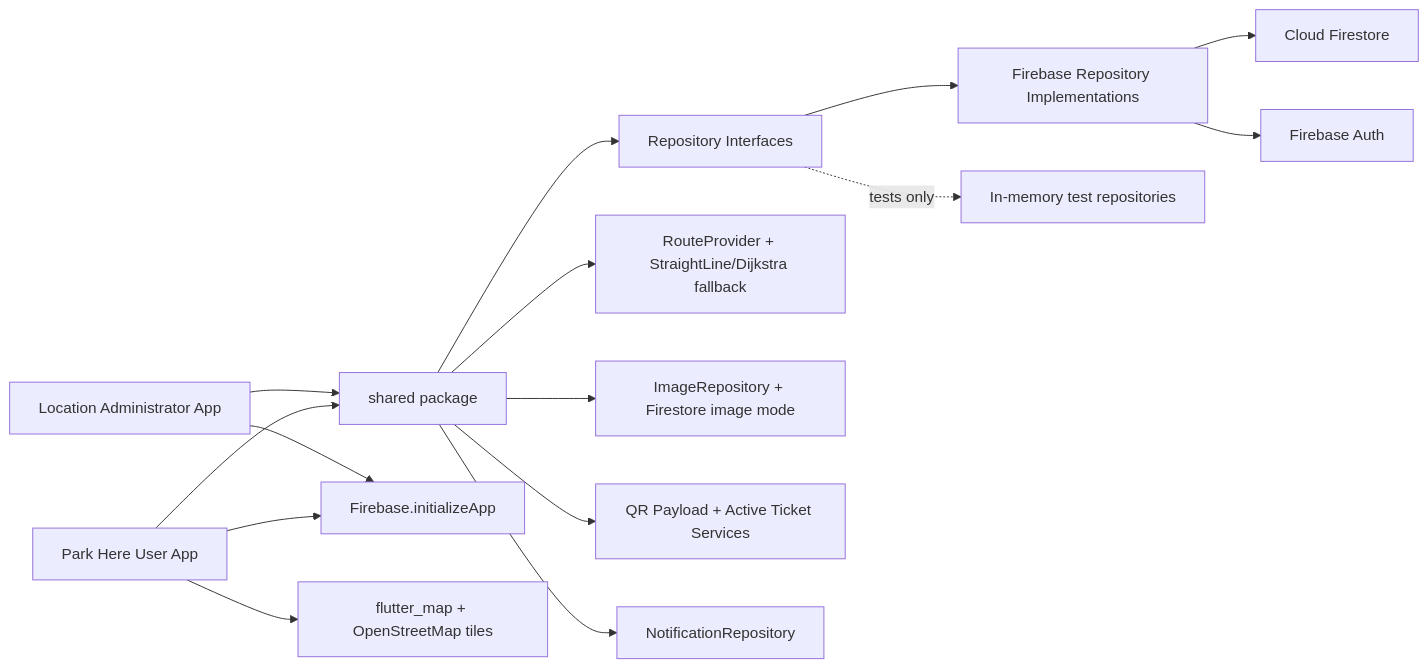
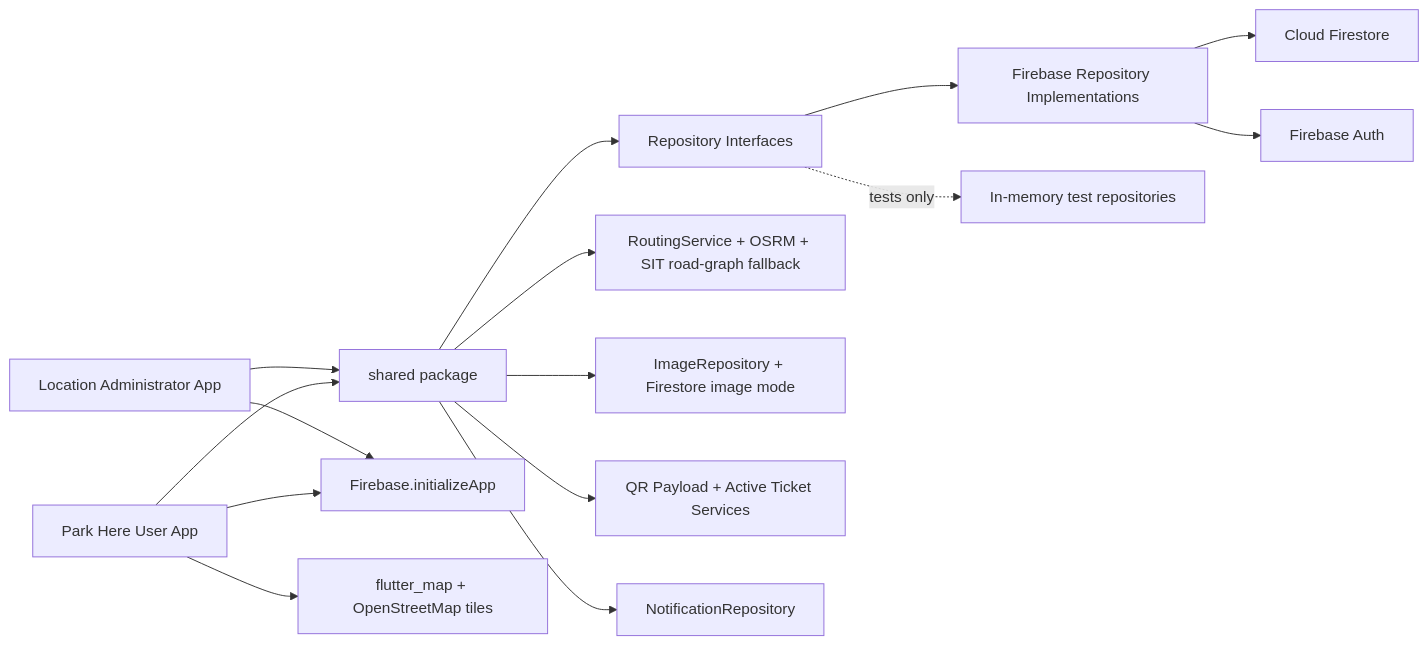
One commit to snehil-pandey/smart-parking-occupancy-system changed the first of 14 diagrams in docs/ARCHITECTURE.md. Above: the diagram before and after it, drawn with Mermaid. The commit also changed 4 other files, not shown here.

````diff
--- a/docs/ARCHITECTURE.md
+++ b/docs/ARCHITECTURE.md
@@ -7,17 +7,17 @@
 ```mermaid
 flowchart LR
   UserApp["Park Here User App"] --> Shared["shared package"]
   AdminApp["Location Administrator App"] --> Shared
   UserApp --> FirebaseInit["Firebase.initializeApp"]
   AdminApp --> FirebaseInit
   Shared --> Contracts["Repository Interfaces"]
   Contracts --> FirebaseRepos["Firebase Repository Implementations"]
   Contracts -. tests only .-> LocalRepos["In-memory test repositories"]
   FirebaseRepos --> Firestore["Cloud Firestore"]
   FirebaseRepos --> Auth["Firebase Auth"]
   UserApp --> OSM["flutter_map + OpenStreetMap tiles"]
-  Shared --> Routing["RouteProvider + StraightLine/Dijkstra fallback"]
+  Shared --> Routing["RoutingService + OSRM + SIT road-graph fallback"]
   Shared --> Images["ImageRepository + Firestore image mode"]
   Shared --> QR["QR Payload + Active Ticket Services"]
   Shared --> Notifications["NotificationRepository"]
 ```
````
